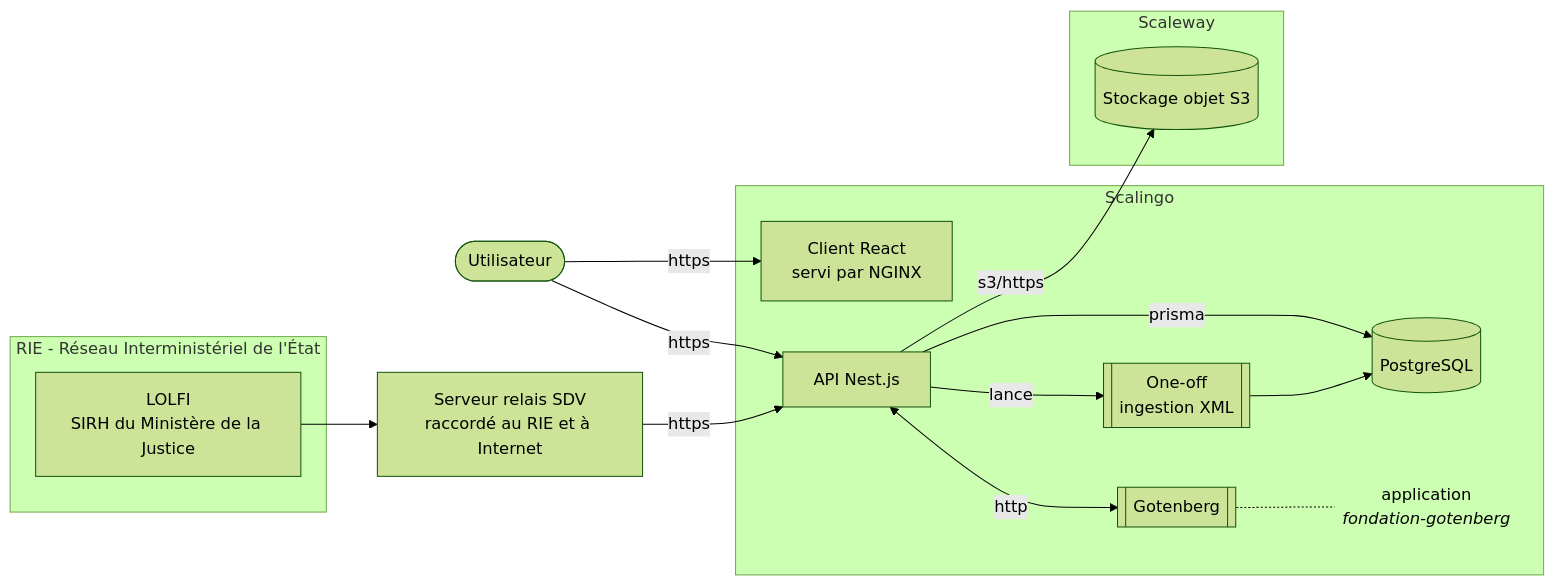
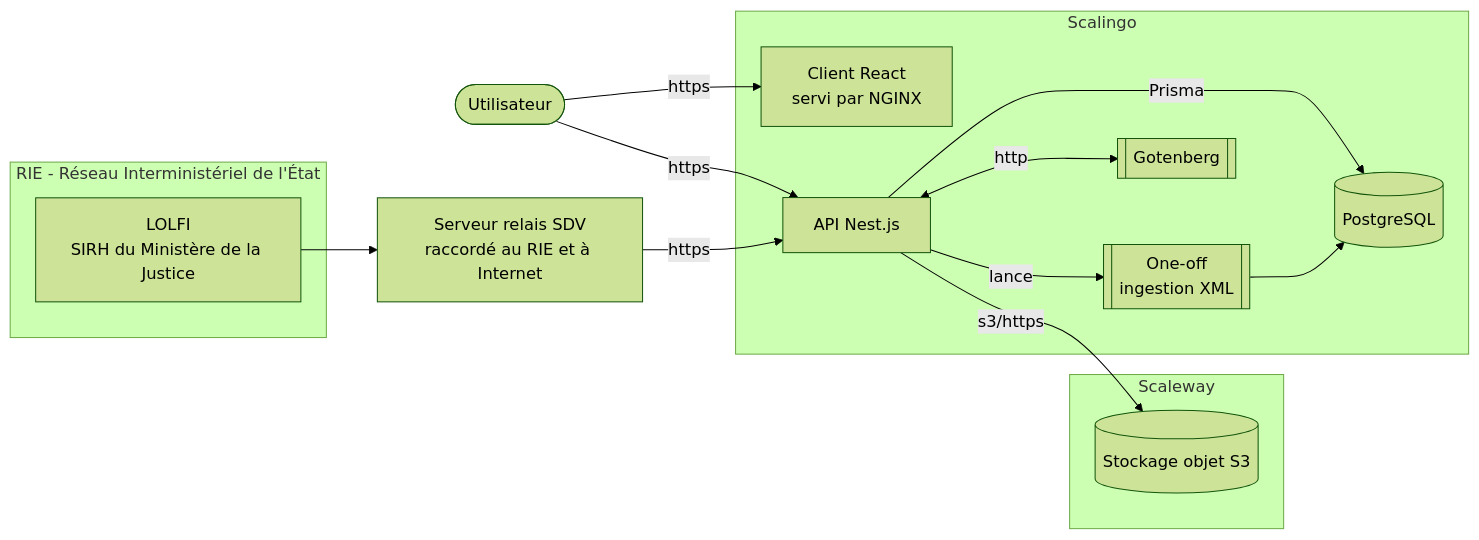
The diagram in repos/betagouv/fondation/README.md (betagouv/gitscan), drawn with Mermaid (forest theme) before and after one commit. The commit also changed other lines of this file and 9 other files, not shown here.

````diff
--- a/repos/betagouv/fondation/README.md
+++ b/repos/betagouv/fondation/README.md
@@ -16,34 +16,32 @@
 ```mermaid
 flowchart LR
   user([Utilisateur])
 
   subgraph rie[RIE - Réseau Interministériel de l'État]
     lolfi["LOLFI<br/>SIRH du Ministère de la Justice"]
   end
 
   sdv["Serveur relais SDV<br/>raccordé au RIE et à Internet"]
 
+  subgraph scaleway[Scaleway]
+    storage[(Stockage objet S3)]
+  end
+
   subgraph scalingo[Scalingo]
     front["Client React<br/>servi par NGINX"]
     back[API Nest.js]
     db[(PostgreSQL)]
     oneoff[["One-off<br/>ingestion XML"]]
     gotenberg[["Gotenberg"]]
-    gotenberg_app@{ shape: text, label: "application<br/><em>fondation-gotenberg</em>" }
-  end
-
-  subgraph scaleway[Scaleway]
-    storage[(Stockage objet S3)]
   end
 
   user -- https --> front
   user -- https --> back
   lolfi --> sdv
   sdv -- https --> back
-  back -- prisma --> db
+  back -- Prisma --> db
   back <-- http --> gotenberg
-  gotenberg -.- gotenberg_app
   back -- lance --> oneoff
   oneoff --> db
   back -- s3/https --> storage
 ```
````
